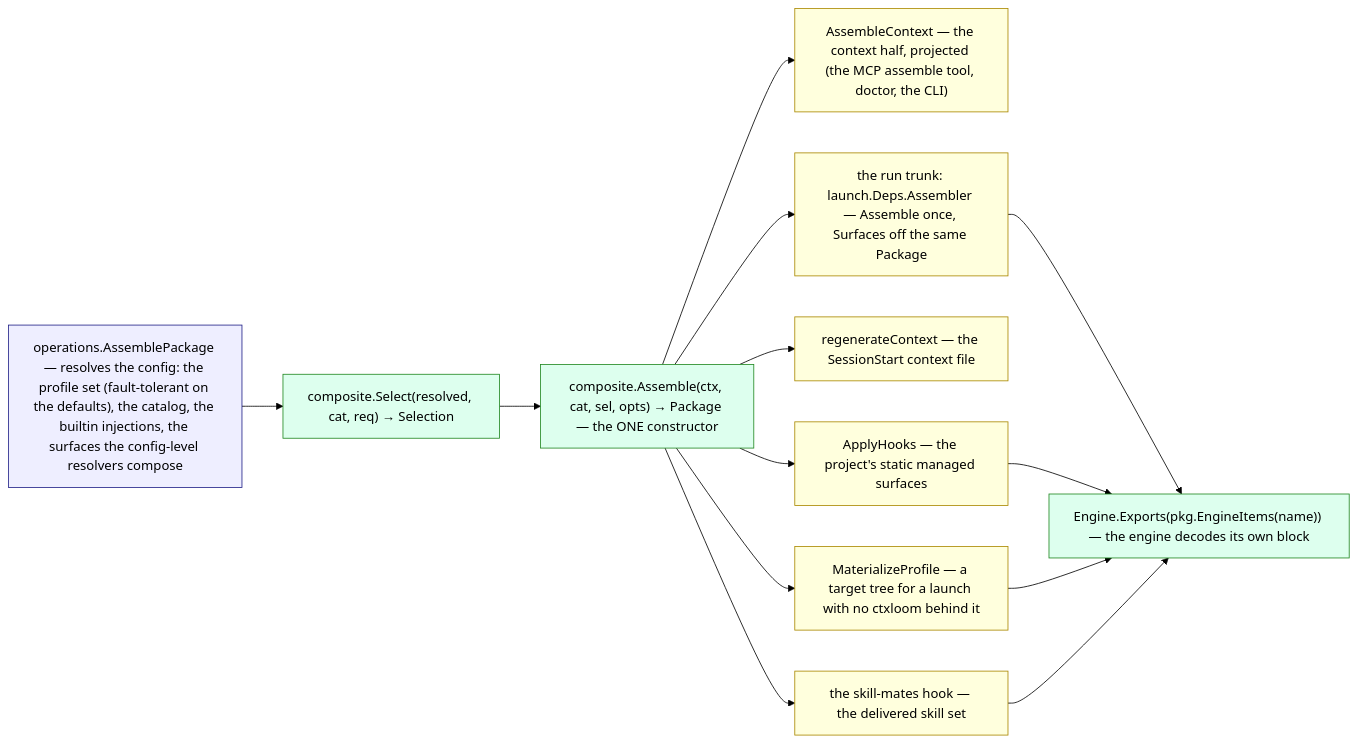
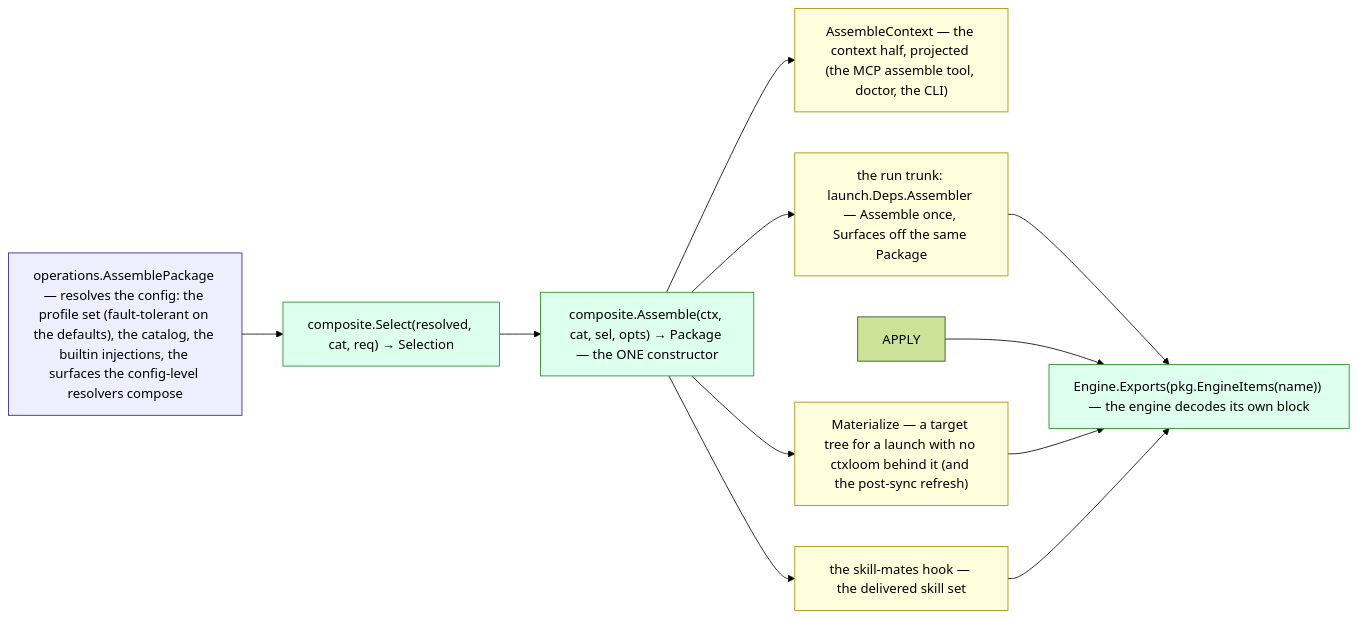
One commit to ctxloom/ctxloom changed the first of 2 diagrams in docs/architecture/core/composite.md. Above: the diagram before and after it, drawn with Mermaid (forest theme). The commit also changed 141 other files, not shown here.

First line of the commit message:
matdelete: ctxloom materialize is the one at-rest delivery

````diff
--- a/docs/architecture/core/composite.md
+++ b/docs/architecture/core/composite.md
@@ -14,19 +14,17 @@
 ```mermaid
 flowchart LR
   classDef adapter fill:#eef,stroke:#228
   classDef core fill:#dfe,stroke:#282
   classDef consumer fill:#ffd,stroke:#a80
   CFG["operations.AssemblePackage — resolves the config: the profile set (fault-tolerant on the defaults), the catalog, the builtin injections, the surfaces the config-level resolvers compose"]:::adapter
   SEL["composite.Select(resolved, cat, req) → Selection"]:::core
   ASM["composite.Assemble(ctx, cat, sel, opts) → Package — the ONE constructor"]:::core
   CTX["AssembleContext — the context half, projected (the MCP assemble tool, doctor, the CLI)"]:::consumer
   RUN["the run trunk: launch.Deps.Assembler — Assemble once, Surfaces off the same Package"]:::consumer
-  REGEN["regenerateContext — the SessionStart context file"]:::consumer
-  APPLY["ApplyHooks — the project's static managed surfaces"]:::consumer
-  MAT["MaterializeProfile — a target tree for a launch with no ctxloom behind it"]:::consumer
+  MAT["Materialize — a target tree for a launch with no ctxloom behind it (and the post-sync refresh)"]:::consumer
   MATES["the skill-mates hook — the delivered skill set"]:::consumer
   ENG["Engine.Exports(pkg.EngineItems(name)) — the engine decodes its own block"]:::core
   CFG --> SEL --> ASM
-  ASM --> CTX & RUN & REGEN & APPLY & MAT & MATES
+  ASM --> CTX & RUN & MAT & MATES
   RUN & APPLY & MAT & MATES --> ENG
 ```
````
